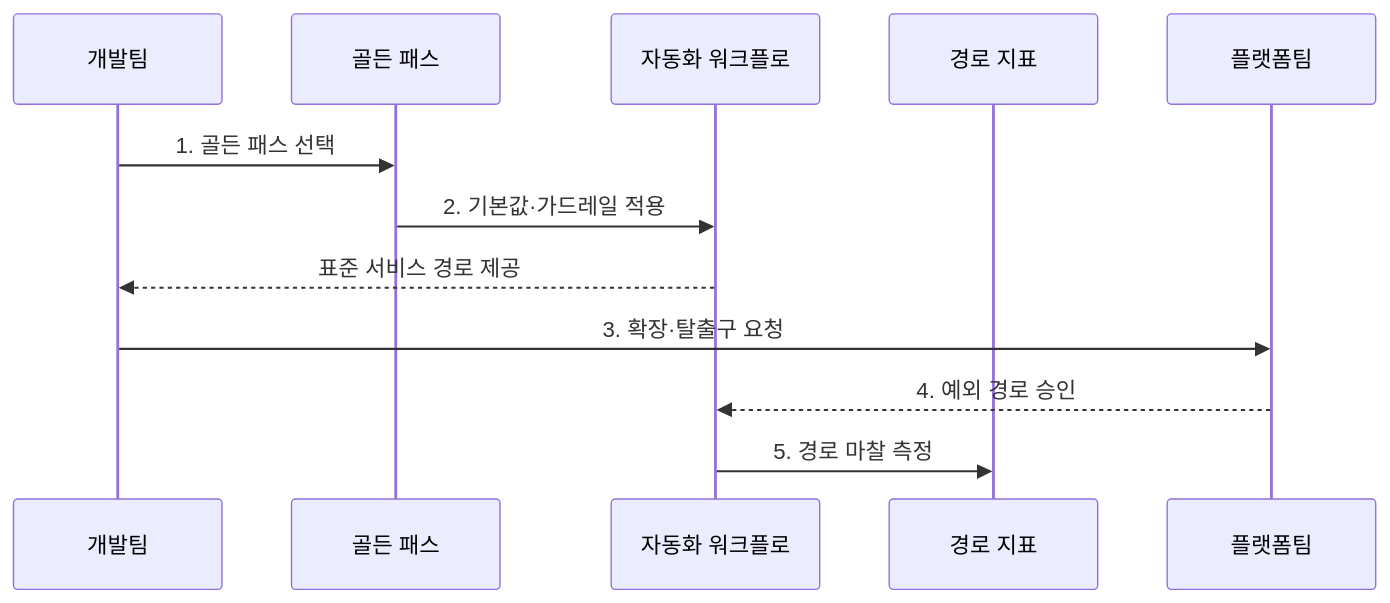
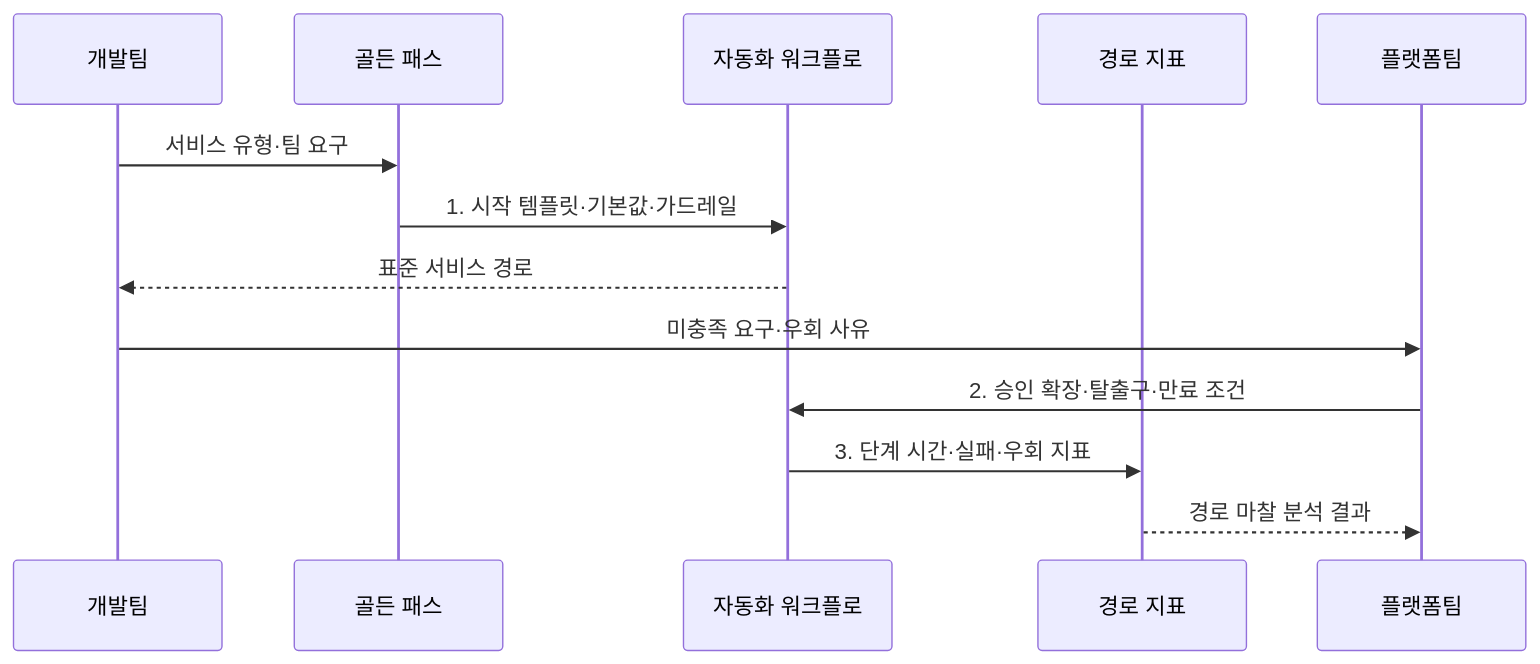
One commit to agnusdei1207/knowledge-base changed the second of 2 diagrams in src/content/docs/notes/03-software/083_internal_developer_platform_golden_path.md. Above: the diagram before and after it, drawn with Mermaid. The commit also changed other lines of this file and 20 other files, not shown here.

````diff
--- a/src/content/docs/notes/03-software/083_internal_developer_platform_golden_path.md
+++ b/src/content/docs/notes/03-software/083_internal_developer_platform_golden_path.md
@@ -79,14 +88,15 @@
 ```mermaid
 sequenceDiagram
     participant D as 개발팀
     participant P as 골든 패스
     participant W as 자동화 워크플로
     participant M as 경로 지표
     participant A as 플랫폼팀
-    D->>P: 1. 골든 패스 선택
-    P->>W: 2. 기본값·가드레일 적용
-    W-->>D: 표준 서비스 경로 제공
-    D->>A: 3. 확장·탈출구 요청
-    A-->>W: 4. 예외 경로 승인
-    W->>M: 5. 경로 마찰 측정
+    D->>P: 서비스 유형·팀 요구
+    P->>W: 1. 시작 템플릿·기본값·가드레일
+    W-->>D: 표준 서비스 경로
+    D->>A: 미충족 요구·우회 사유
+    A->>W: 2. 승인 확장·탈출구·만료 조건
+    W->>M: 3. 단계 시간·실패·우회 지표
+    M-->>A: 경로 마찰 분석 결과
 ```
````
